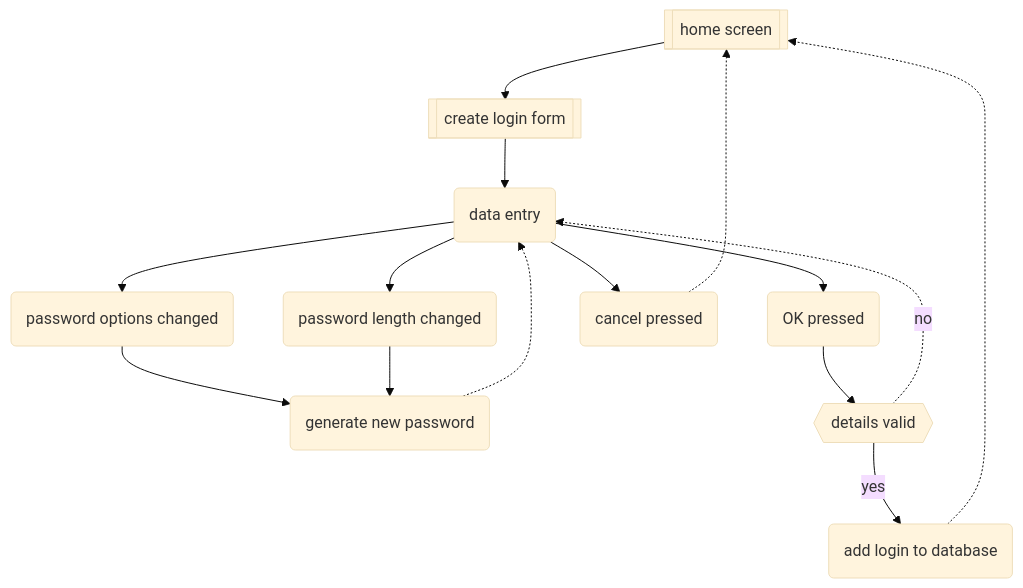
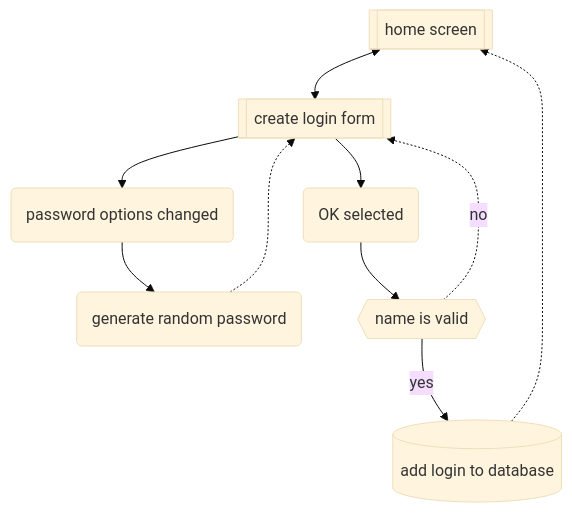
The third of 4 diagrams in README.md (pxp888/passcodes), drawn with Mermaid (base theme) before and after one commit. The commit also changed other lines of this file and 1 other file, not shown here.

Commit message:
update README flowcharts

```diff
--- a/README.md
+++ b/README.md
@@ -101,20 +96,21 @@
 ~~~mermaid
 graph TD
+
 hs[[home screen]]
 cl[[create login form]]
-de(data entry)
-pc1(password options changed)
-pc2(password length changed)
-gp(generate new password)
-ok(OK pressed)
-ok1{{details valid}}
-add(add login to database)
-cancel(cancel pressed)
+gp(generate random password)
 
-hs-->cl
-cl-->de
-de-->pc1 & pc2 -->gp-.->de
-de-->ok-->ok1-->|yes|add-.->hs
-ok1-.->|no|de
-de-->cancel-.->hs
+ok(OK selected)
+nv{{name is valid}}
+add[(add login to database)]
+
+op1(password options changed)
+
+hs<-->cl
+cl-->ok & op1 
+
+ok-->nv
+nv-.->|no|cl
+nv-->|yes|add-.->hs
+op1-->gp-.->cl
 ~~~
```
